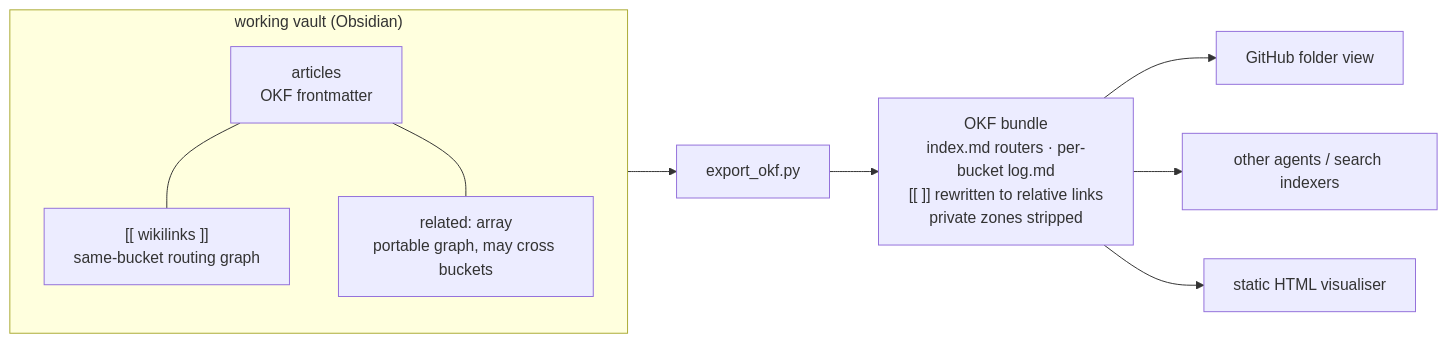
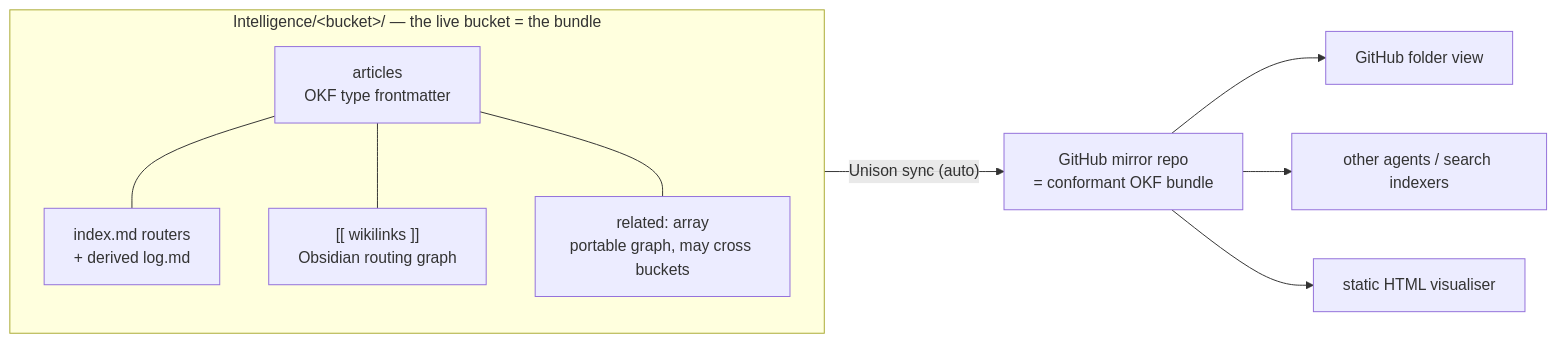
Before and after one commit to mmanzini/agentic-knowledge-engine: the fourth of 4 diagrams in README.md, drawn with Mermaid. The commit also changed other lines of this file and 16 other files, not shown here.

First line of the commit message:
OKF: buckets are the bundle in place — retire export

````diff
--- a/README.md
+++ b/README.md
@@ -414,14 +404,14 @@
 ```mermaid
 flowchart LR
-    subgraph vault ["working vault (Obsidian)"]
+    subgraph bucket ["Intelligence/&lt;bucket&gt;/ — the live bucket = the bundle"]
         direction TB
-        A["articles<br/>OKF frontmatter"]
-        A --- W["[[ wikilinks ]]<br/>same-bucket routing graph"]
+        A["articles<br/>OKF type frontmatter"]
+        A --- I["index.md routers<br/>+ derived log.md"]
+        A --- W["[[ wikilinks ]]<br/>Obsidian routing graph"]
         A --- RL["related: array<br/>portable graph, may cross buckets"]
     end
-    vault --> X["export_okf.py"]
-    X --> B["OKF bundle<br/>index.md routers · per-bucket log.md<br/>[[ ]] rewritten to relative links<br/>private zones stripped"]
-    B --> G["GitHub folder view"]
-    B --> C["other agents / search indexers"]
-    B --> H["static HTML visualiser"]
+    bucket -->|"Unison sync (auto)"| M["GitHub mirror repo<br/>= conformant OKF bundle"]
+    M --> G["GitHub folder view"]
+    M --> C["other agents / search indexers"]
+    M --> H["static HTML visualiser"]
 ```
````
